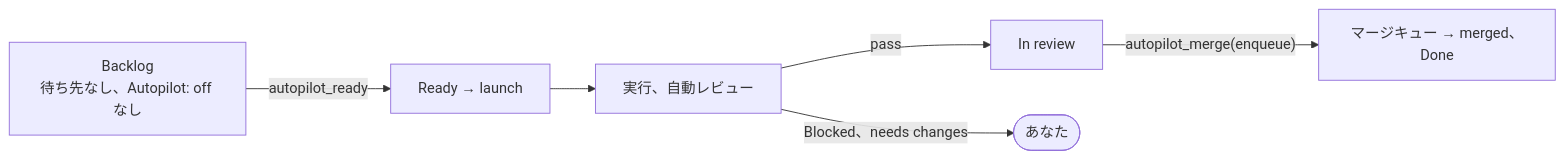
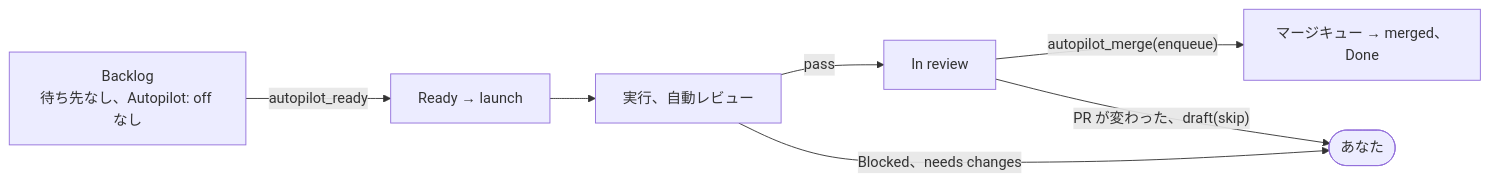
The eighth of 9 diagrams in docs/architecture/hld.md (jyoka/task-hub), drawn with Mermaid before and after one commit. The commit also changed other lines of this file and 7 other files, not shown here.

````diff
--- a/docs/architecture/hld.md
+++ b/docs/architecture/hld.md
@@ -270,8 +271,9 @@
 ```mermaid
 flowchart LR
     backlog["Backlog<br/>待ち先なし、Autopilot: off なし"] -- "autopilot_ready" --> ready["Ready → launch"]
     ready --> run["実行、自動レビュー"]
     run -- "pass" --> review["In review"]
     review -- "autopilot_merge(enqueue)" --> queue["マージキュー → merged、Done"]
+    review -- "PR が変わった、draft(skip)" --> you
     run -- "Blocked、needs changes" --> you(["あなた"])
 ```
````
